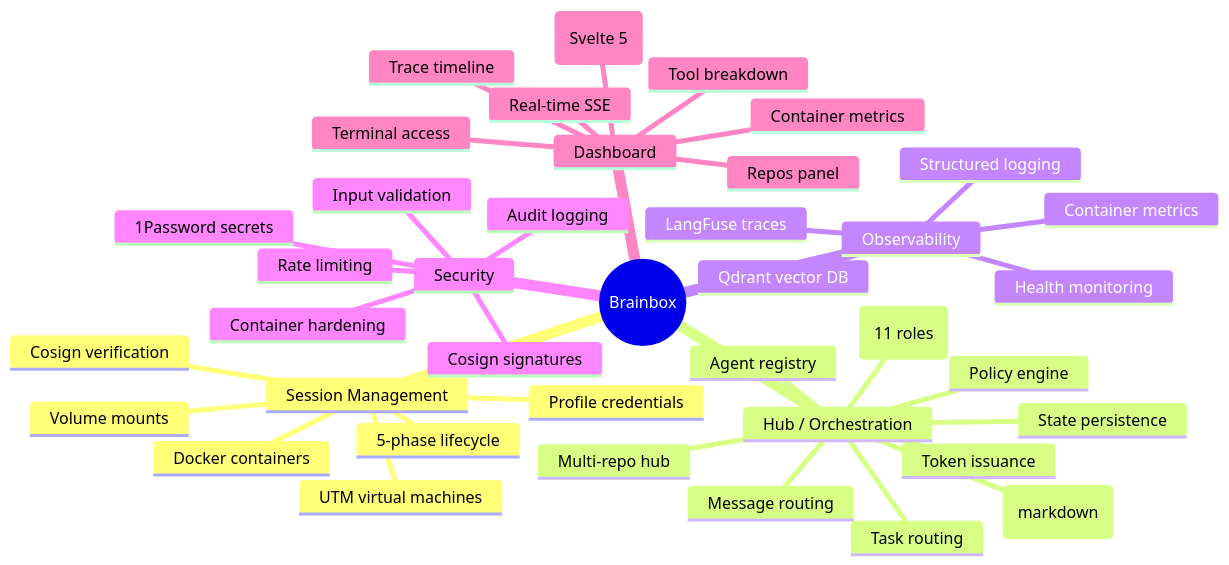
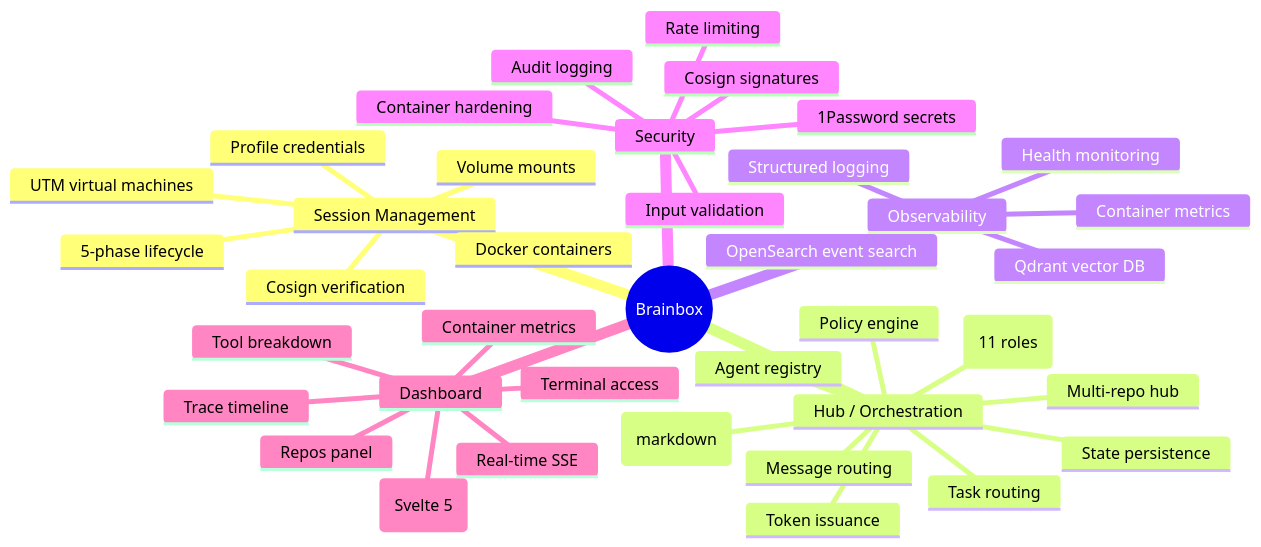
The second of 2 diagrams in docs/brainbox/README.md (neverprepared/phantom-ink), drawn with Mermaid before and after one commit. The commit also changed other lines of this file and 239 other files, not shown here.

````diff
--- a/docs/brainbox/README.md
+++ b/docs/brainbox/README.md
@@ -102,42 +102,42 @@
 ```mermaid
 mindmap
   root((Brainbox))
     Session Management
       Docker containers
       UTM virtual machines
       5-phase lifecycle
       Cosign verification
       Volume mounts
       Profile credentials
     Hub / Orchestration
       Agent registry
       Role system (11 roles)
       Role prompts (markdown)
       Token issuance
       Task routing
       Message routing
       Policy engine
       Multi-repo hub
       State persistence
     Observability
-      LangFuse traces
+      OpenSearch event search
       Qdrant vector DB
       Container metrics
       Health monitoring
       Structured logging
     Security
       1Password secrets
       Cosign signatures
       Rate limiting
       Input validation
       Audit logging
       Container hardening
     Dashboard
       Wails desktop app (Svelte 5)
       Real-time SSE
       Container metrics
       Terminal access
       Repos panel
       Trace timeline
       Tool breakdown
 ```
````
